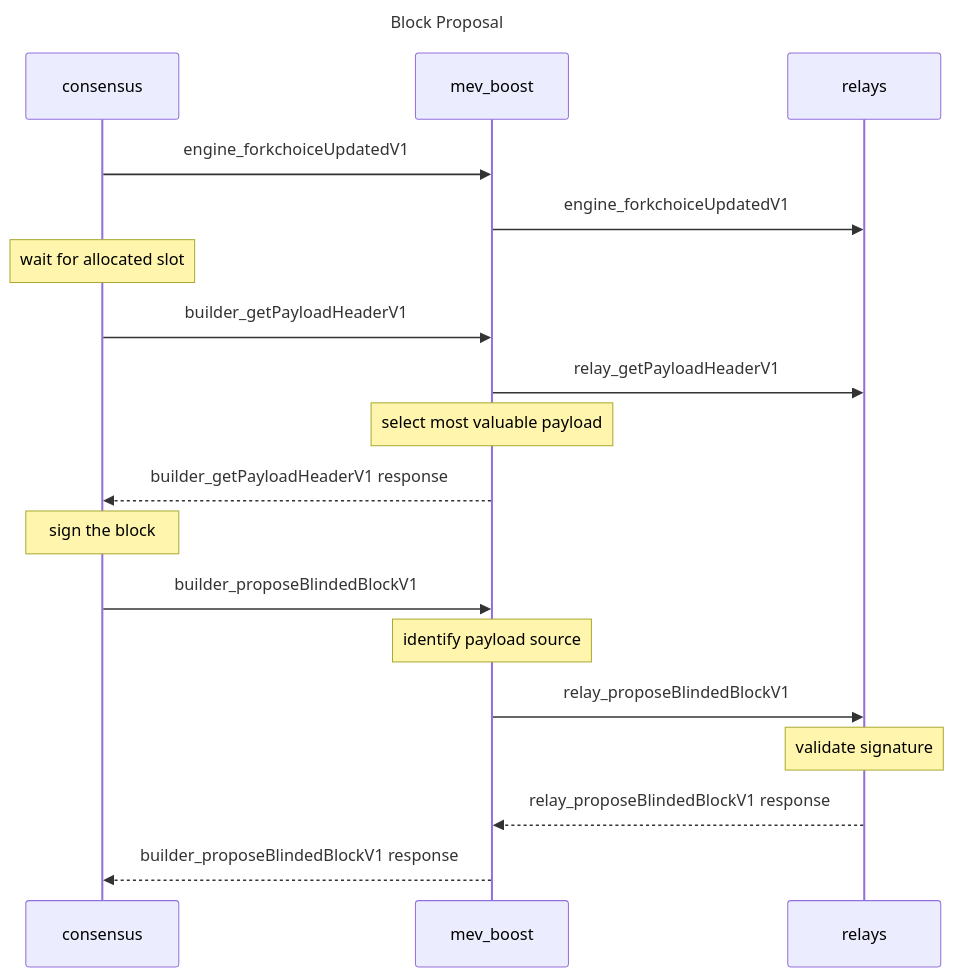
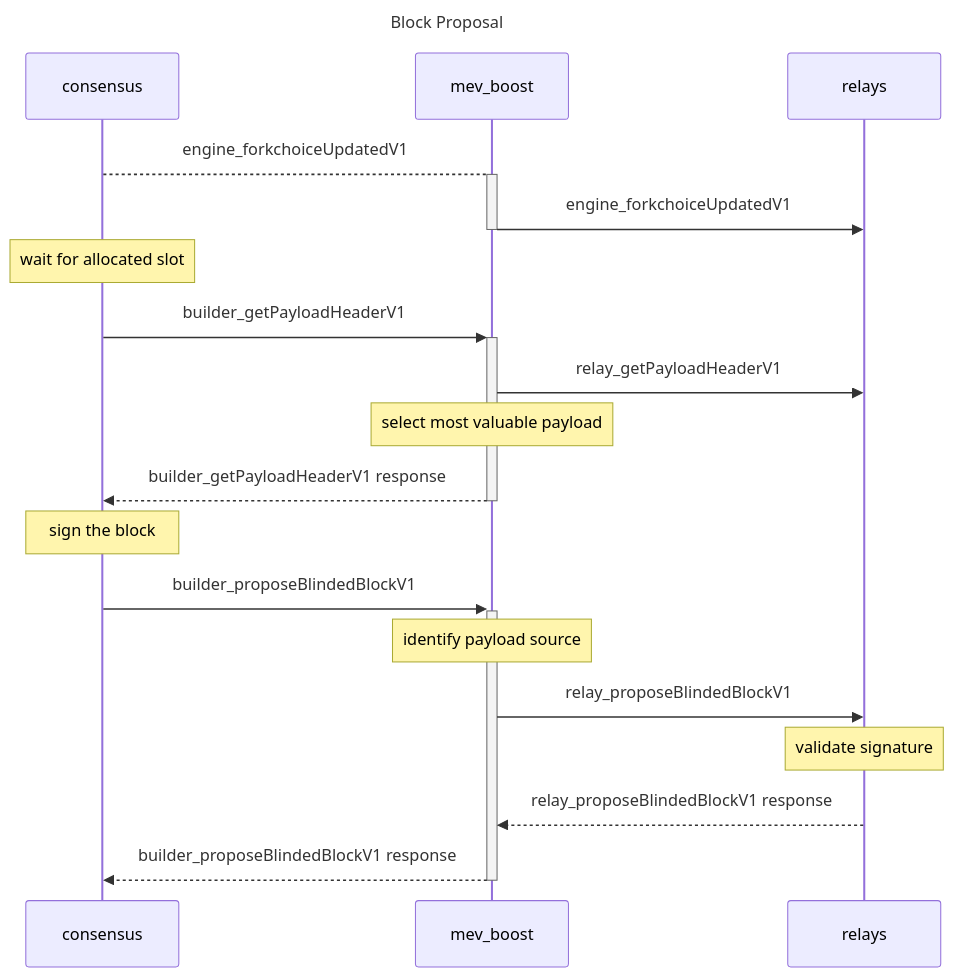
Before and after one commit to flashbots/mev-boost: the diagram in README.md, drawn with Mermaid. The commit also changed other lines of this file and 1 other file, not shown here.

Commit message:
update docs/block-proposal.png based on mermaid

````diff
--- a/README.md
+++ b/README.md
@@ -7,18 +9,18 @@
 ```mermaid
 sequenceDiagram
     Title: Block Proposal
-    consensus->>mev_boost: engine_forkchoiceUpdatedV1
-    mev_boost->>relays: engine_forkchoiceUpdatedV1
+    consensus-->+mev_boost: engine_forkchoiceUpdatedV1
+    mev_boost->>-relays: engine_forkchoiceUpdatedV1
     Note over consensus: wait for allocated slot
-    consensus->>mev_boost: builder_getPayloadHeaderV1
+    consensus->>+mev_boost: builder_getPayloadHeaderV1
     mev_boost->>relays: relay_getPayloadHeaderV1
     Note over mev_boost: select most valuable payload
-    mev_boost-->>consensus: builder_getPayloadHeaderV1 response
+    mev_boost-->>-consensus: builder_getPayloadHeaderV1 response
     Note over consensus: sign the block
-    consensus->>mev_boost: builder_proposeBlindedBlockV1
+    consensus->>+mev_boost: builder_proposeBlindedBlockV1
     Note over mev_boost: identify payload source
     mev_boost->>relays: relay_proposeBlindedBlockV1
     Note over relays: validate signature
     relays-->>mev_boost: relay_proposeBlindedBlockV1 response
-    mev_boost-->>consensus: builder_proposeBlindedBlockV1 response
+    mev_boost-->>-consensus: builder_proposeBlindedBlockV1 response
 ```
````
